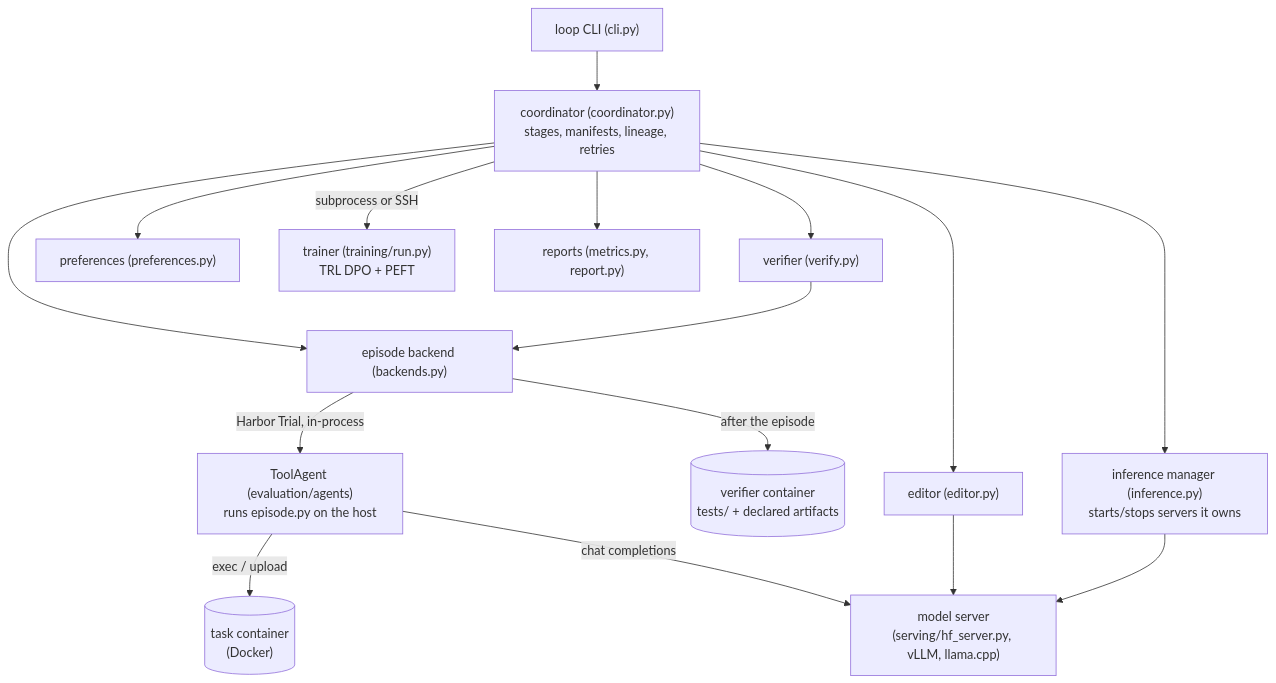
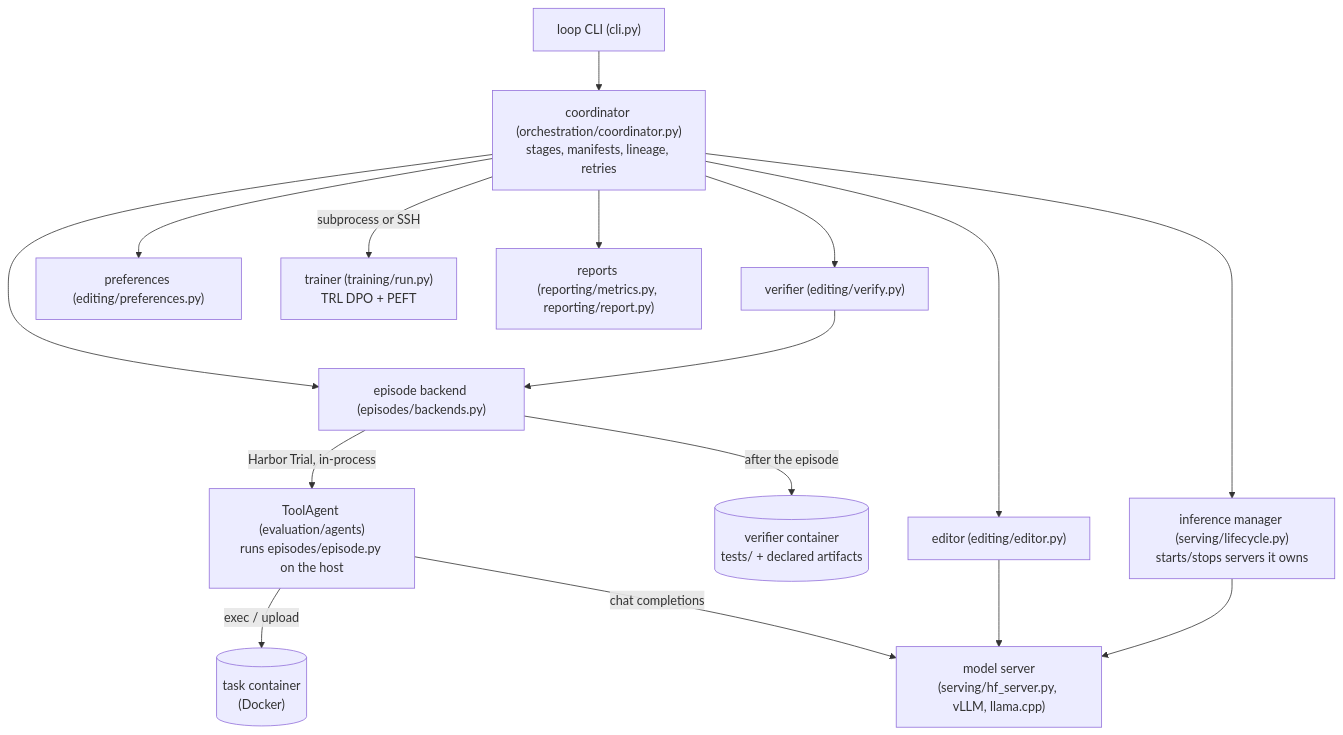
Before and after one commit to thomas-lane/learning-loop: the second of 3 diagrams in docs/architecture.md, drawn with Mermaid. The commit also changed other lines of this file and 121 other files, not shown here.

````diff
--- a/docs/architecture.md
+++ b/docs/architecture.md
@@ -33,15 +33,15 @@
 ```mermaid
 flowchart TB
-    CLI["loop CLI (cli.py)"] --> CO["coordinator (coordinator.py)<br/>stages, manifests, lineage, retries"]
-    CO --> BE["episode backend (backends.py)"]
-    BE -->|Harbor Trial, in-process| AG["ToolAgent (evaluation/agents)<br/>runs episode.py on the host"]
+    CLI["loop CLI (cli.py)"] --> CO["coordinator (orchestration/coordinator.py)<br/>stages, manifests, lineage, retries"]
+    CO --> BE["episode backend (episodes/backends.py)"]
+    BE -->|Harbor Trial, in-process| AG["ToolAgent (evaluation/agents)<br/>runs episodes/episode.py on the host"]
     AG -->|exec / upload| TC[("task container<br/>(Docker)")]
     AG -->|chat completions| SRV["model server<br/>(serving/hf_server.py, vLLM, llama.cpp)"]
     BE -->|after the episode| VC[("verifier container<br/>tests/ + declared artifacts")]
-    CO --> EDT["editor (editor.py)"] --> SRV
-    CO --> VER["verifier (verify.py)"] --> BE
-    CO --> PR["preferences (preferences.py)"]
+    CO --> EDT["editor (editing/editor.py)"] --> SRV
+    CO --> VER["verifier (editing/verify.py)"] --> BE
+    CO --> PR["preferences (editing/preferences.py)"]
     CO -->|subprocess or SSH| TR["trainer (training/run.py)<br/>TRL DPO + PEFT"]
-    CO --> INF["inference manager (inference.py)<br/>starts/stops servers it owns"] --> SRV
-    CO --> REP["reports (metrics.py, report.py)"]
+    CO --> INF["inference manager (serving/lifecycle.py)<br/>starts/stops servers it owns"] --> SRV
+    CO --> REP["reports (reporting/metrics.py, reporting/report.py)"]
 ```
````
